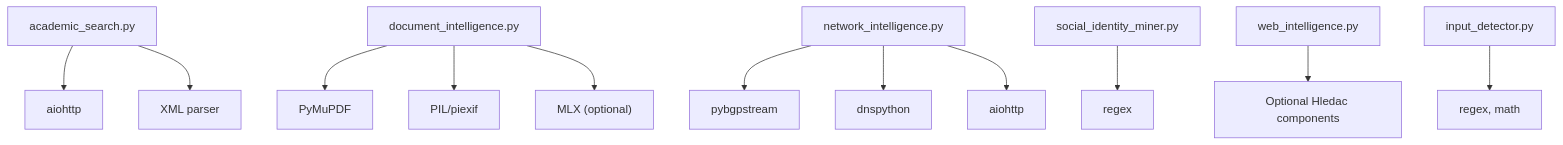
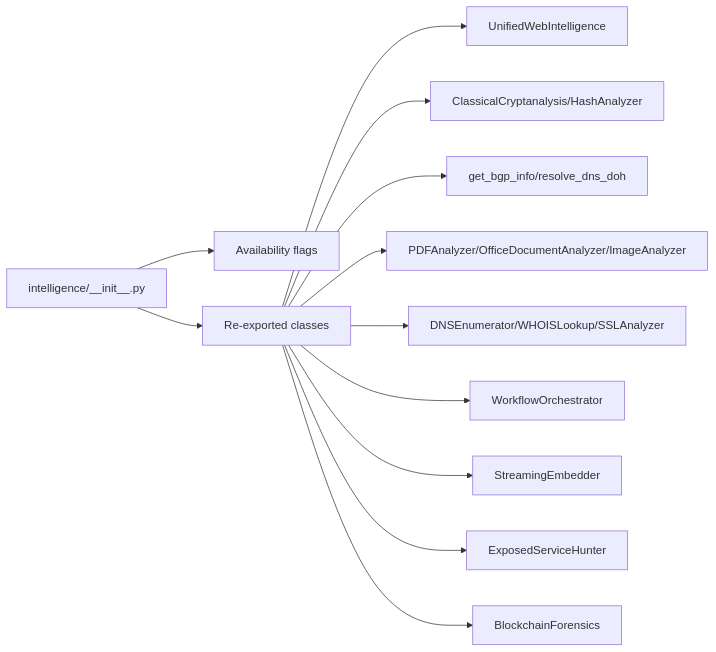
Diagram 12 of 12 in .qoder/repowiki/en/content/Intelligence Modules/Intelligence Modules.md (Hamulda/hledac-universal), drawn with Mermaid before and after one commit. The commit also changed other lines of this file and 236 other files, not shown here.

````diff
--- a/.qoder/repowiki/en/content/Intelligence Modules/Intelligence Modules.md
+++ b/.qoder/repowiki/en/content/Intelligence Modules/Intelligence Modules.md
@@ -436,14 +516,14 @@
 ```mermaid
-graph TB
-Aca["academic_search.py"] --> Ext1["aiohttp"]
-Aca --> Ext2["XML parser"]
-Doc["document_intelligence.py"] --> Ext3["PyMuPDF"]
-Doc --> Ext4["PIL/piexif"]
-Doc --> Ext5["MLX (optional)"]
-Net["network_intelligence.py"] --> Ext6["pybgpstream"]
-Net --> Ext7["dnspython"]
-Net --> Ext8["aiohttp"]
-Soc["social_identity_miner.py"] --> Ext9["regex"]
-Web["web_intelligence.py"] --> Ext10["Optional Hledac components"]
-Inp["input_detector.py"] --> Ext11["regex, math"]
+graph LR
+Init["intelligence/__init__.py"] --> Flags["Availability flags"]
+Init --> Classes["Re-exported classes"]
+Classes --> Web["UnifiedWebIntelligence"]
+Classes --> Crypto["ClassicalCryptanalysis/HashAnalyzer"]
+Classes --> Net["get_bgp_info/resolve_dns_doh"]
+Classes --> Doc["PDFAnalyzer/OfficeDocumentAnalyzer/ImageAnalyzer"]
+Classes --> Recon["DNSEnumerator/WHOISLookup/SSLAnalyzer"]
+Classes --> WF["WorkflowOrchestrator"]
+Classes --> SE["StreamingEmbedder"]
+Classes --> ES["ExposedServiceHunter"]
+Classes --> BC["BlockchainForensics"]
 ```
````
